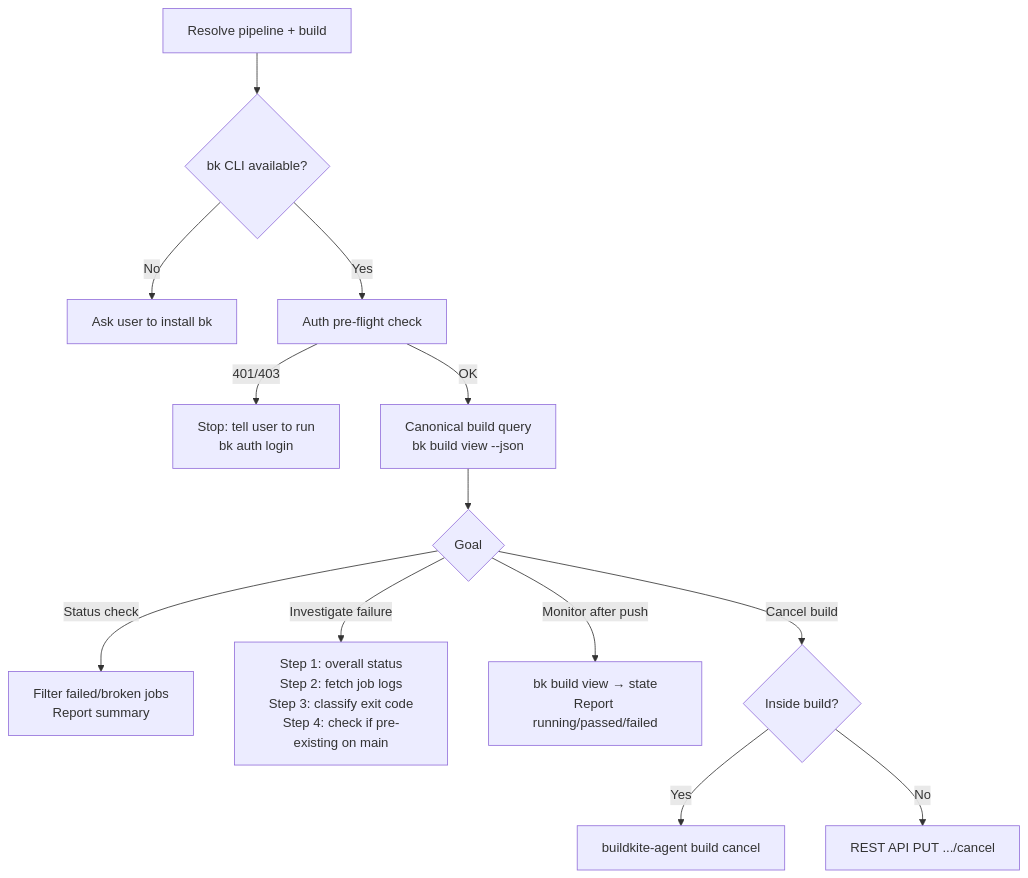
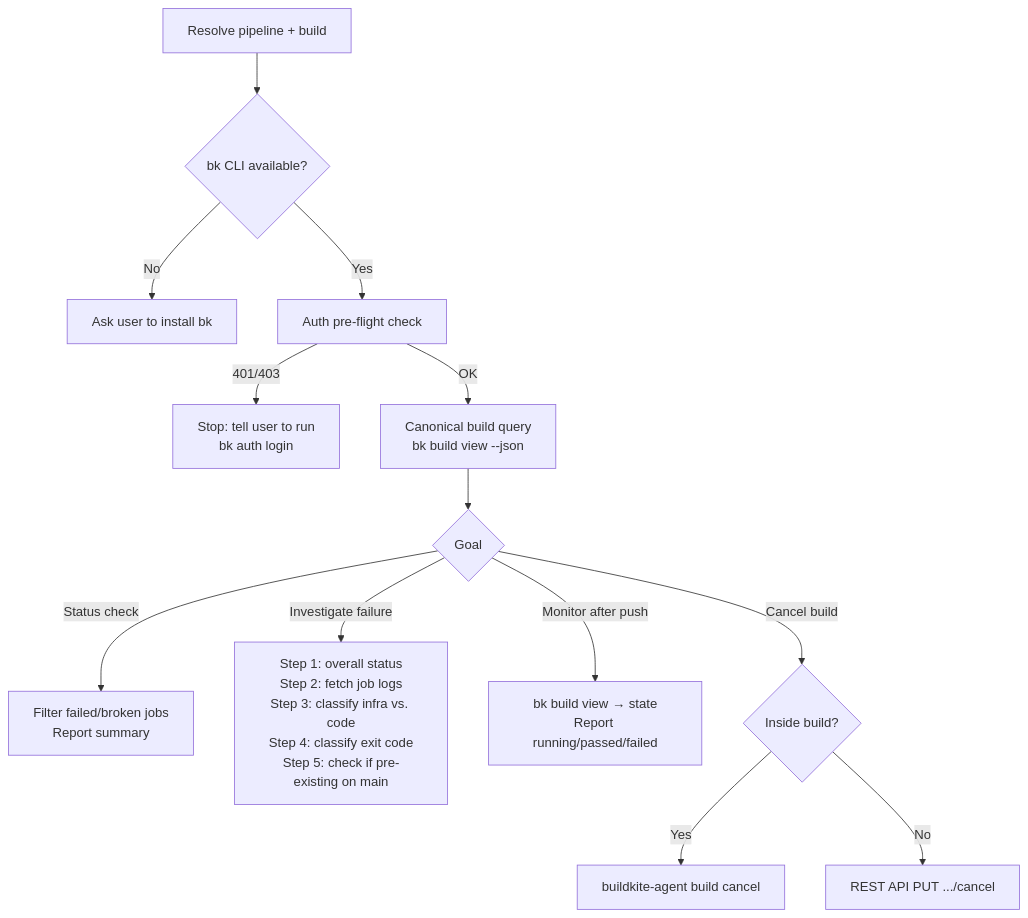
The diagram in skills/buildkite/README.md (whizzzkid/skills), drawn with Mermaid before and after one commit. The commit also changed other lines of this file and 8 other files, not shown here.

````diff
--- a/skills/buildkite/README.md
+++ b/skills/buildkite/README.md
@@ -16,15 +16,15 @@
 ```mermaid
 flowchart TD
     A[Resolve pipeline + build] --> B{bk CLI available?}
     B -->|No| C[Ask user to install bk]
     B -->|Yes| D[Auth pre-flight check]
     D -->|401/403| E[Stop: tell user to run<br/>bk auth login]
     D -->|OK| F[Canonical build query<br/>bk build view --json]
     F --> G{Goal}
     G -->|Status check| H[Filter failed/broken jobs<br/>Report summary]
-    G -->|Investigate failure| I[Step 1: overall status<br/>Step 2: fetch job logs<br/>Step 3: classify exit code<br/>Step 4: check if pre-existing on main]
+    G -->|Investigate failure| I[Step 1: overall status<br/>Step 2: fetch job logs<br/>Step 3: classify infra vs. code<br/>Step 4: classify exit code<br/>Step 5: check if pre-existing on main]
     G -->|Monitor after push| J[bk build view → state<br/>Report running/passed/failed]
     G -->|Cancel build| K{Inside build?}
     K -->|Yes| L[buildkite-agent build cancel]
     K -->|No| M[REST API PUT .../cancel]
 ```
````
